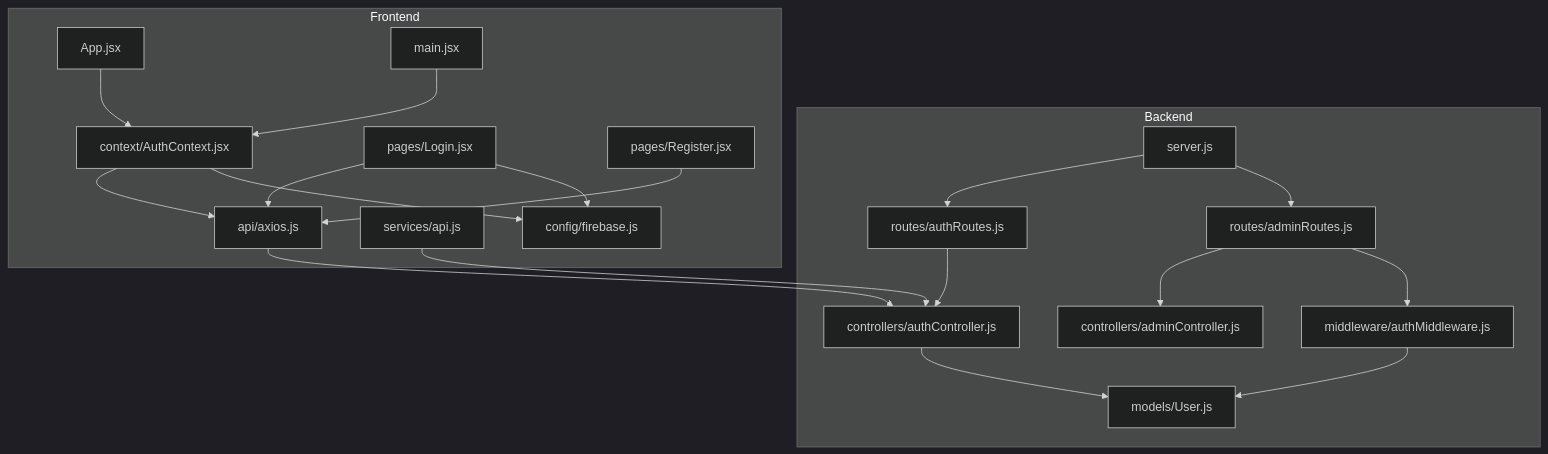
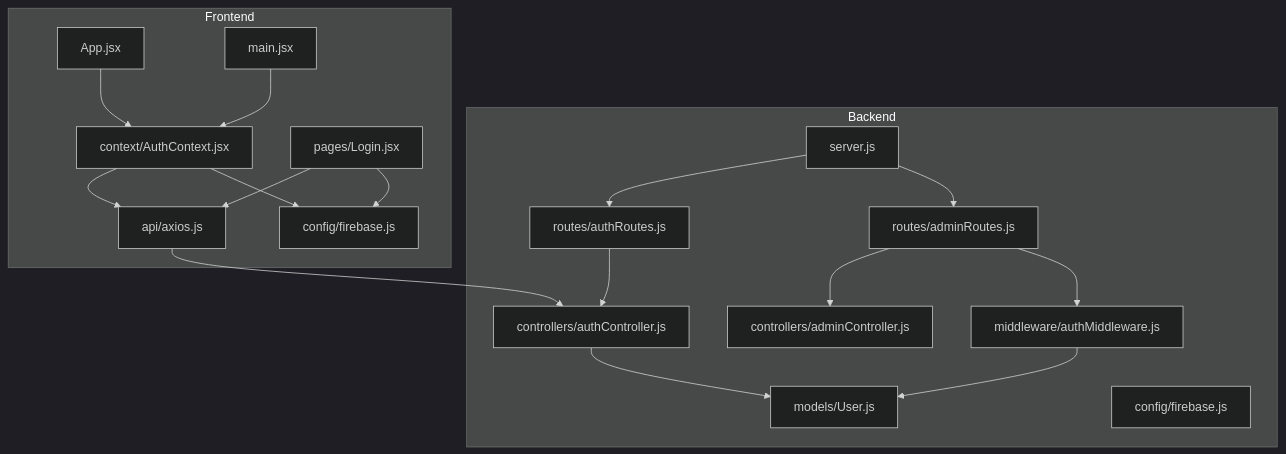
One commit to Pavan-PSPK9032/TrendsandToss changed the first of 7 diagrams in .qoder/repowiki/en/content/Authentication & Authorization/Authentication & Authorization.md. Above: the diagram before and after it, drawn with Mermaid (dark theme). The commit also changed other lines of this file and 6 other files, not shown here.

````diff
--- a/.qoder/repowiki/en/content/Authentication & Authorization/Authentication & Authorization.md
+++ b/.qoder/repowiki/en/content/Authentication & Authorization/Authentication & Authorization.md
@@ -52,36 +51,33 @@
 ```mermaid
 graph TB
 subgraph "Backend"
 S["server.js"]
 AR["routes/authRoutes.js"]
 ADMR["routes/adminRoutes.js"]
 AC["controllers/authController.js"]
 ADMC["controllers/adminController.js"]
 AMW["middleware/authMiddleware.js"]
 UM["models/User.js"]
+FB["config/firebase.js"]
 end
 subgraph "Frontend"
 AX["api/axios.js"]
-SVC["services/api.js"]
 CTX["context/AuthContext.jsx"]
 LG["pages/Login.jsx"]
-RG["pages/Register.jsx"]
 APP["App.jsx"]
 FC["config/firebase.js"]
 MAIN["main.jsx"]
 end
 S --> AR --> AC
 S --> ADMR --> ADMC
 ADMR --> AMW
 AC --> UM
 AMW --> UM
 AX --> AC
-SVC --> AC
 CTX --> AX
 CTX --> FC
 LG --> AX
 LG --> FC
-RG --> AX
 APP --> CTX
 MAIN --> CTX
 ```
````
